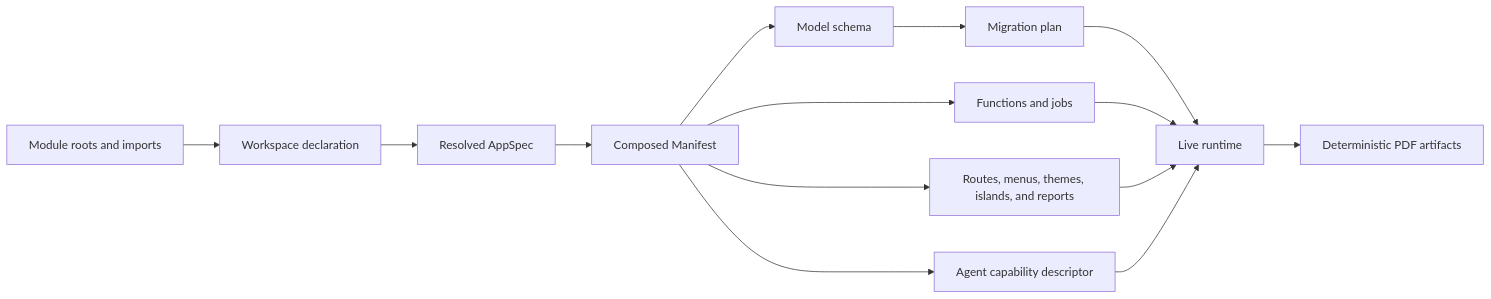
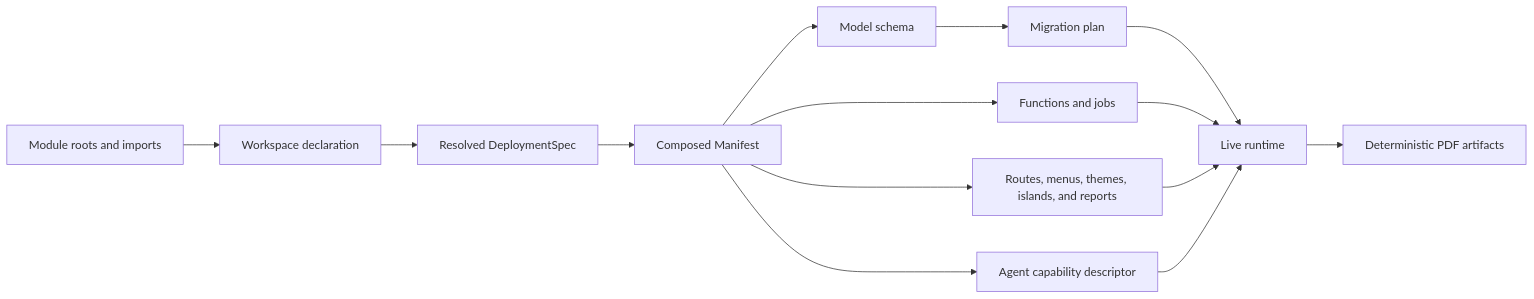
Before and after one commit to ketvietlab/ketjs: the diagram in docs/src/content/docs/ketjs/index.md, drawn with Mermaid. The commit also changed other lines of this file and 261 other files, not shown here.

Commit message:
feat: replace app lifecycle with deployment composition

````diff
--- a/docs/src/content/docs/ketjs/index.md
+++ b/docs/src/content/docs/ketjs/index.md
@@ -64,17 +64,17 @@
 ```mermaid
 %% File: docs/src/content/docs/ketjs/index.md
 flowchart LR
   roots["Module roots and imports"] --> workspace["Workspace declaration"]
-  workspace --> app["Resolved AppSpec"]
+  workspace --> app["Resolved DeploymentSpec"]
   app --> manifest["Composed Manifest"]
   manifest --> schema["Model schema"]
   manifest --> operations["Functions and jobs"]
   manifest --> presentation["Routes, menus, themes, islands, and reports"]
   manifest --> capabilities["Agent capability descriptor"]
   schema --> migrations["Migration plan"]
   migrations --> runtime["Live runtime"]
   operations --> runtime
   presentation --> runtime
   capabilities --> runtime
   runtime --> pdf["Deterministic PDF artifacts"]
 ```
````
